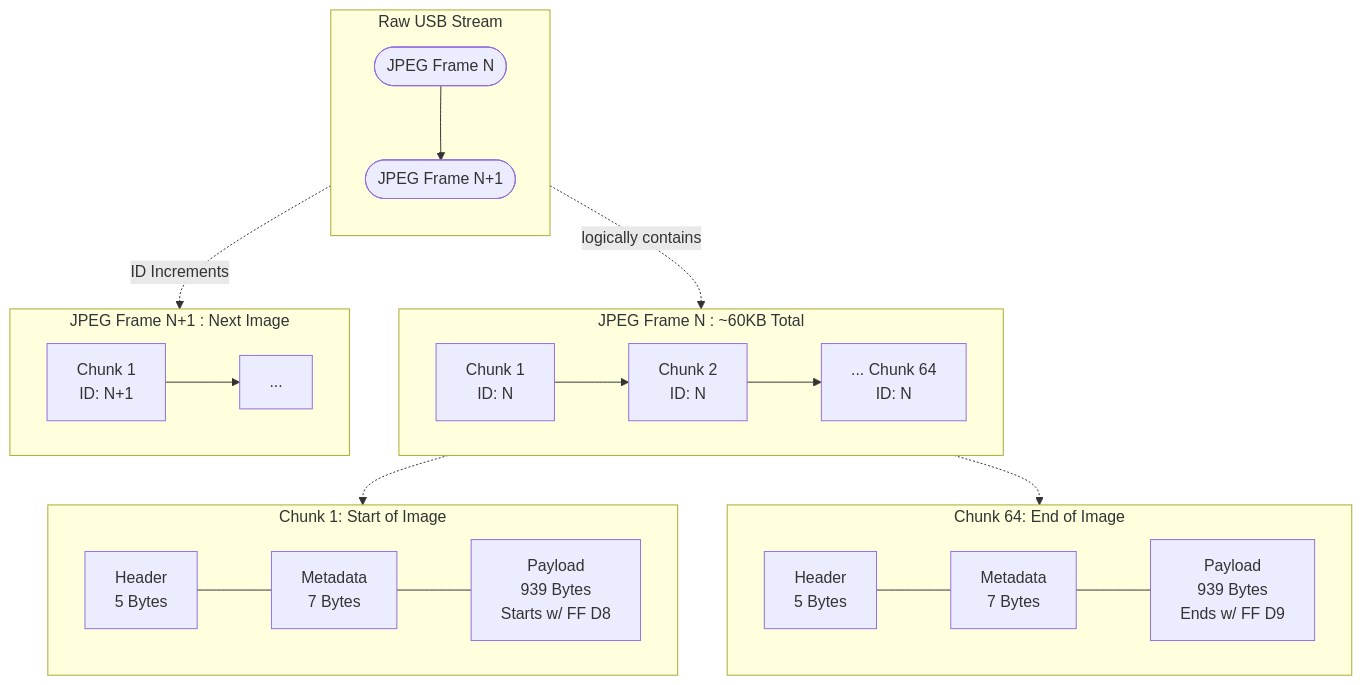
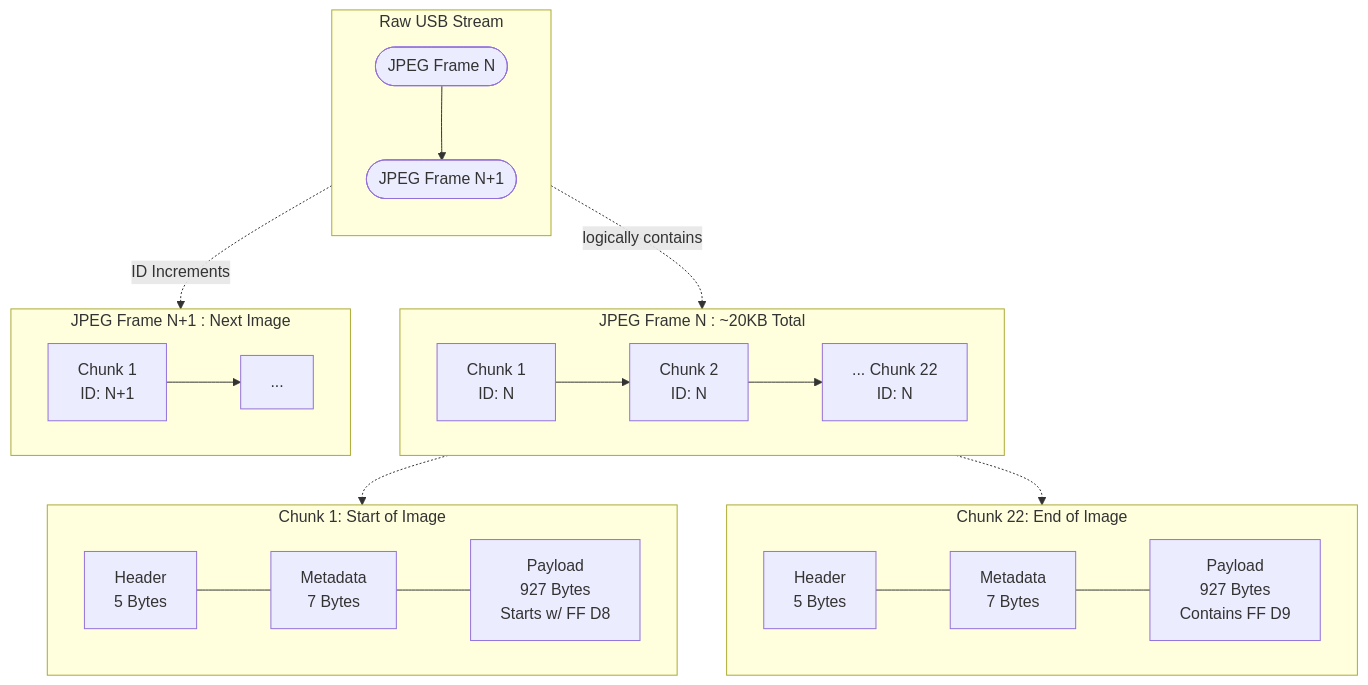
One commit to jerometerry/pi-borescope-streamer changed the first of 2 diagrams in UseeplusProtocol.md. Above: the diagram before and after it, drawn with Mermaid. The commit also changed other lines of this file and 3 other files, not shown here.

````diff
--- a/UseeplusProtocol.md
+++ b/UseeplusProtocol.md
@@ -152,37 +131,37 @@
 ```mermaid
 flowchart TD
     %% Main Stream Flow
     subgraph USB_Wire [Raw USB Stream]
         direction TB
         Frame1([JPEG Frame N]) --> Frame2([JPEG Frame N+1])
     end
 
     %% Frame Breakdown
-    subgraph Frame_Assembly [JPEG Frame N : ~60KB Total]
+    subgraph Frame_Assembly [JPEG Frame N : ~20KB Total]
         direction LR
-        C1[Chunk 1<br/>ID: N] --> C2[Chunk 2<br/>ID: N] --> C3[... Chunk 64<br/>ID: N]
+        C1[Chunk 1<br/>ID: N] --> C2[Chunk 2<br/>ID: N] --> C3[... Chunk 22<br/>ID: N]
     end
     Frame1 -. logically contains .-> Frame_Assembly
 
     %% Start Chunk
     subgraph Start_Chunk [Chunk 1: Start of Image]
         direction LR
-        H1[Header<br/>5 Bytes] --- M1[Metadata<br/>7 Bytes] --- P1[Payload<br/>939 Bytes<br/>Starts w/ FF D8]
+        H1[Header<br/>5 Bytes] --- M1[Metadata<br/>7 Bytes] --- P1[Payload<br/>927 Bytes<br/>Starts w/ FF D8]
     end
     C1 -.-> Start_Chunk
 
     %% End Chunk
-    subgraph End_Chunk [Chunk 64: End of Image]
+    subgraph End_Chunk [Chunk 22: End of Image]
         direction LR
-        H64[Header<br/>5 Bytes] --- M64[Metadata<br/>7 Bytes] --- P64[Payload<br/>939 Bytes<br/>Ends w/ FF D9]
+        H64[Header<br/>5 Bytes] --- M64[Metadata<br/>7 Bytes] --- P64[Payload<br/>927 Bytes<br/>Contains FF D9]
     end
     C3 -.-> End_Chunk
 
     %% Frame 2 Example
     subgraph Frame_2_Assembly [JPEG Frame N+1 : Next Image]
         direction LR
         F2C1[Chunk 1<br/>ID: N+1] --> F2C2[...]
     end
     Frame2 -. ID Increments .-> Frame_2_Assembly
 
 ```
````
